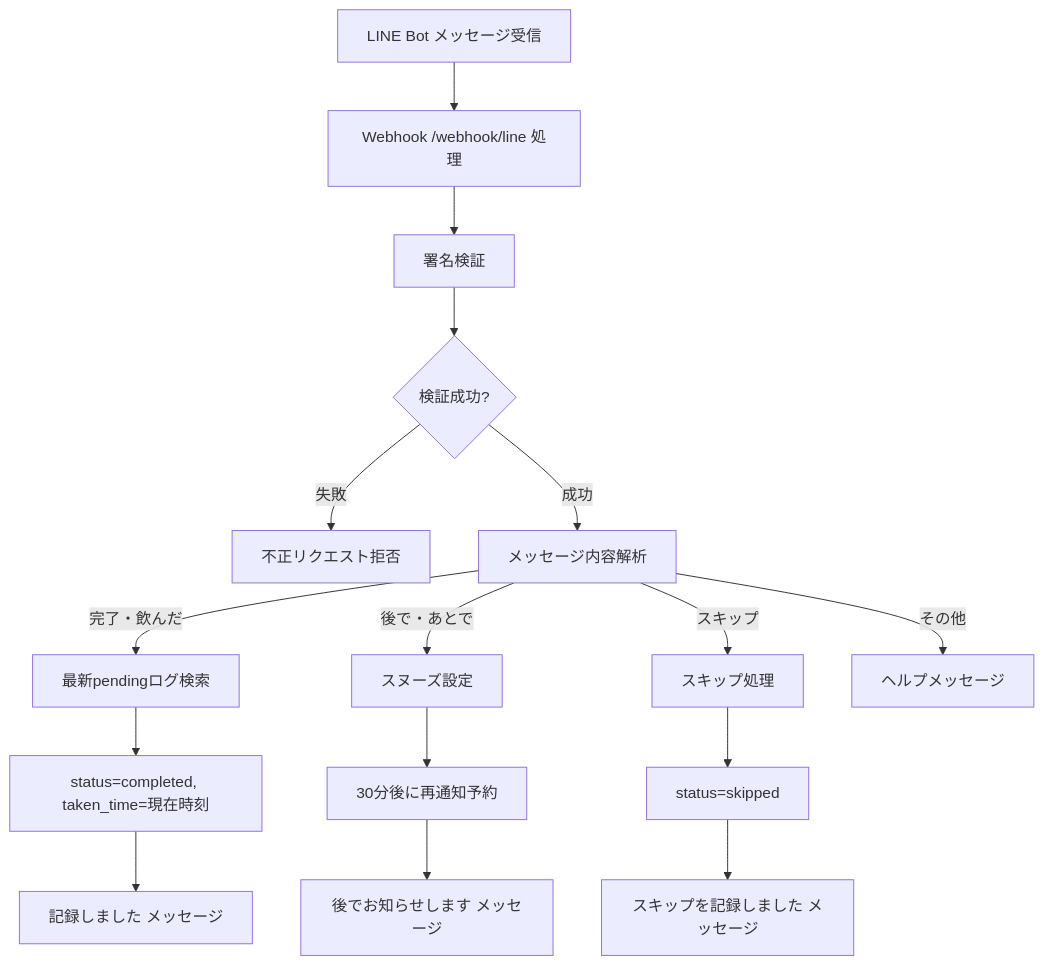
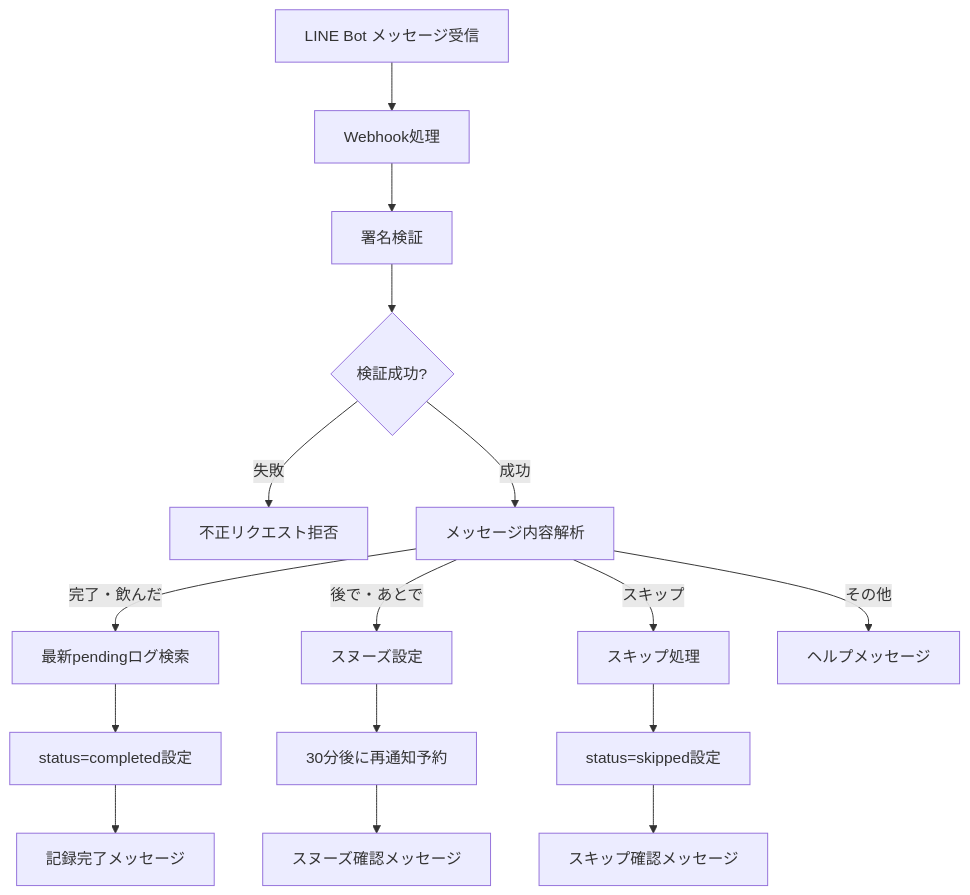
The tenth of 42 diagrams in features-flow.md (UtakataKyosui/RecommendMedicineServer), drawn with Mermaid before and after one commit. The commit also changed other lines of this file, not shown here.

First line of the commit message:
docs: Update features-flow.md

````diff
--- a/features-flow.md
+++ b/features-flow.md
@@ -199,18 +199,18 @@
 ```mermaid
 graph TD
-    A[LINE Bot メッセージ受信] --> B[Webhook /webhook/line 処理]
+    A[LINE Bot メッセージ受信] --> B[Webhook処理]
     B --> C[署名検証]
     C --> D{検証成功?}
     D -->|失敗| E[不正リクエスト拒否]
     D -->|成功| F[メッセージ内容解析]
     F -->|完了・飲んだ| G[最新pendingログ検索]
     F -->|後で・あとで| H[スヌーズ設定]
     F -->|スキップ| I[スキップ処理]
     F -->|その他| J[ヘルプメッセージ]
-    G --> K[status=completed, taken_time=現在時刻]
+    G --> K[status=completed設定]
     H --> L[30分後に再通知予約]
-    I --> M[status=skipped]
-    K --> N[記録しました メッセージ]
-    L --> O[後でお知らせします メッセージ]
-    M --> P[スキップを記録しました メッセージ]
+    I --> M[status=skipped設定]
+    K --> N[記録完了メッセージ]
+    L --> O[スヌーズ確認メッセージ]
+    M --> P[スキップ確認メッセージ]
 ```
````
